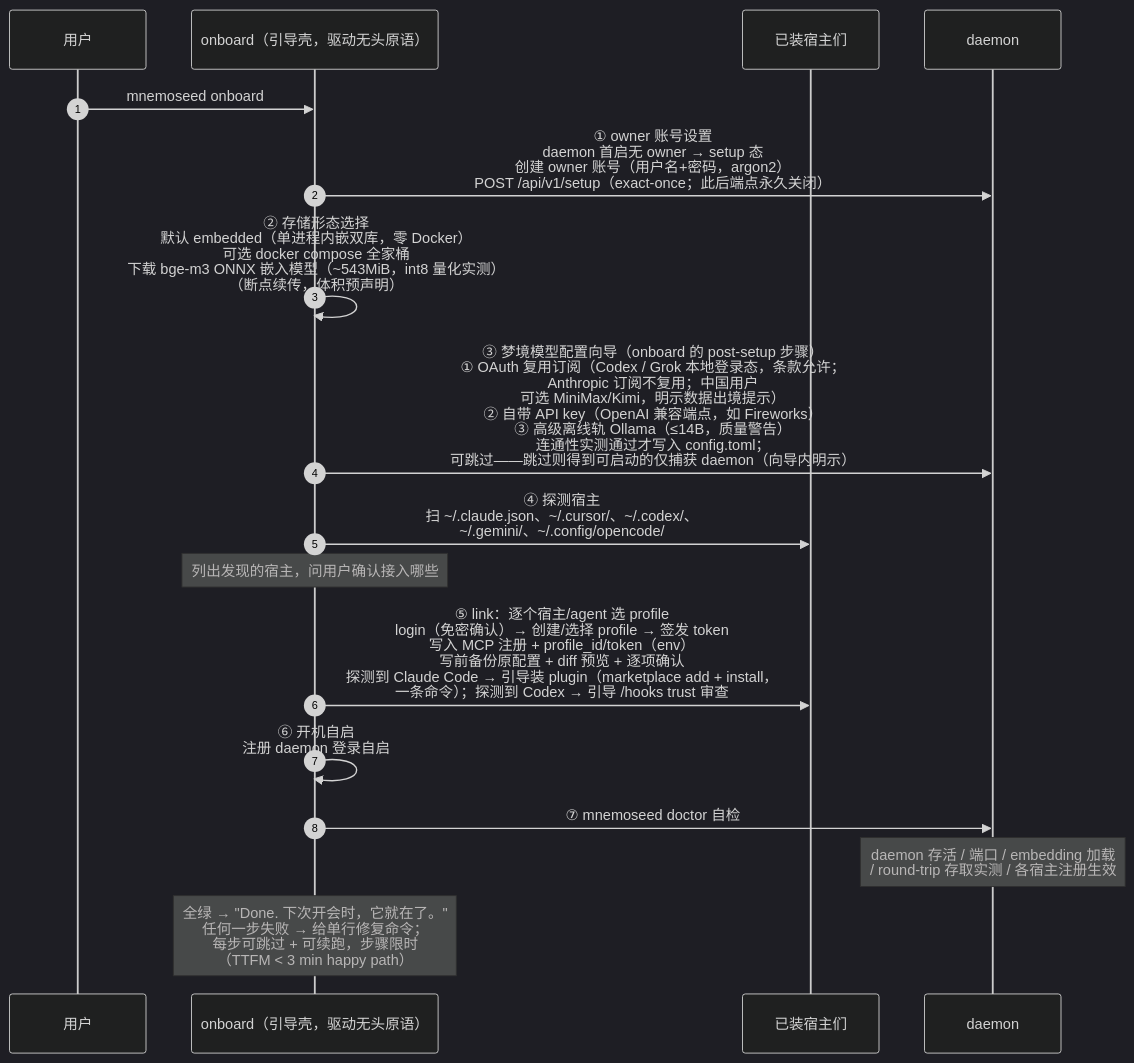
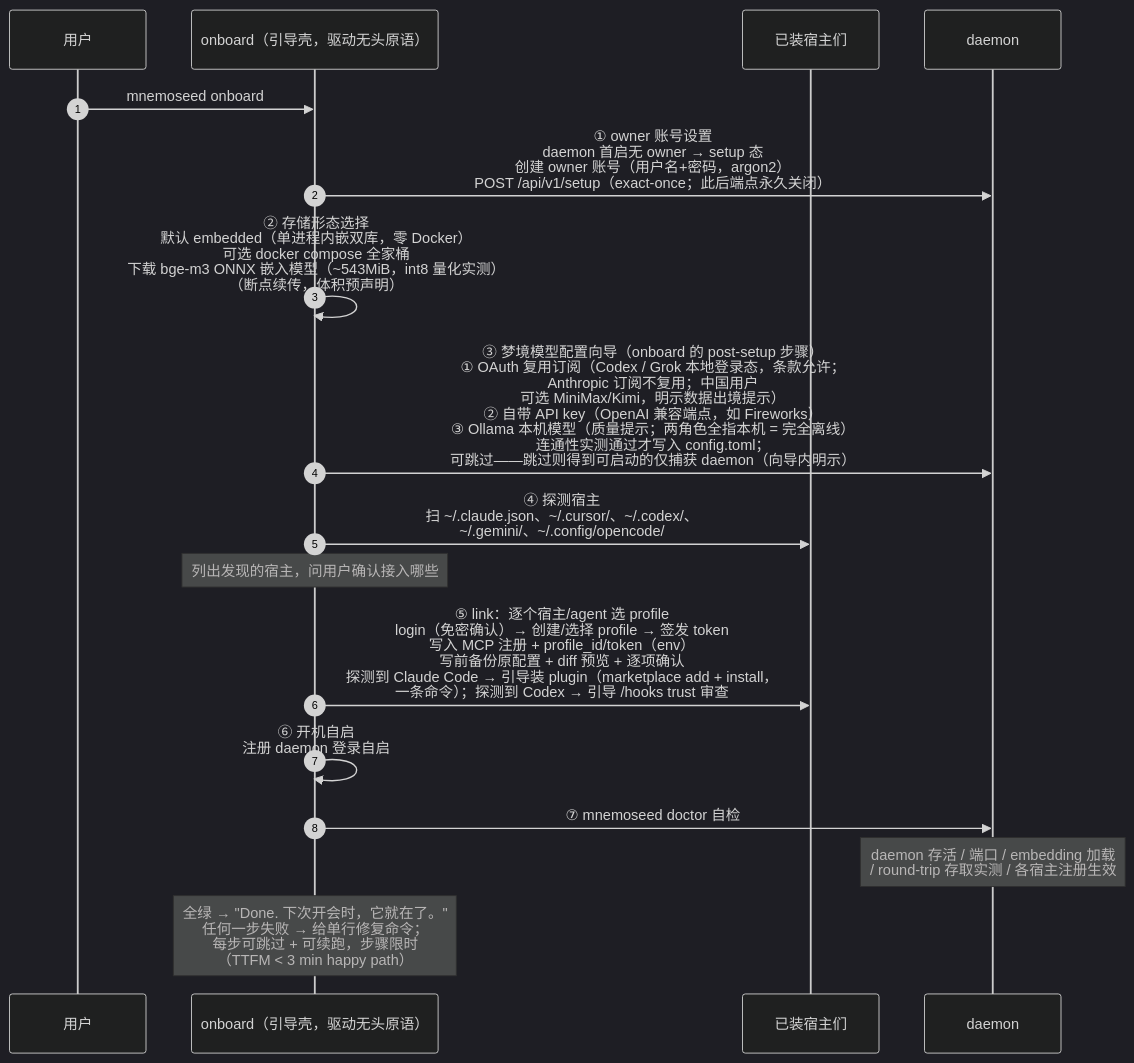
Before and after one commit to MnemoSeed/mnemoseed: the fourth of 5 diagrams in docs/zh/design/06-接入与安装体验.md, drawn with Mermaid (dark theme). The commit also changed other lines of this file and 49 other files, not shown here.

````diff
--- a/docs/zh/design/06-接入与安装体验.md
+++ b/docs/zh/design/06-接入与安装体验.md
@@ -188,19 +188,19 @@
 ```mermaid
 sequenceDiagram
     autonumber
     participant U as 用户
     participant O as onboard（引导壳，驱动无头原语）
     participant H as 已装宿主们
     participant D as daemon
     U->>O: mnemoseed onboard
     O->>D: ① owner 账号设置<br/>daemon 首启无 owner → setup 态<br/>创建 owner 账号（用户名+密码，argon2）<br/>POST /api/v1/setup（exact-once；此后端点永久关闭）
     O->>O: ② 存储形态选择<br/>默认 embedded（单进程内嵌双库，零 Docker）<br/>可选 docker compose 全家桶<br/>下载 bge-m3 ONNX 嵌入模型（~543MiB，int8 量化实测）<br/>（断点续传，体积预声明）
-    O->>D: ③ 梦境模型配置向导（onboard 的 post-setup 步骤）<br/>① OAuth 复用订阅（Codex / Grok 本地登录态，条款允许；<br/>Anthropic 订阅不复用；中国用户<br/>可选 MiniMax/Kimi，明示数据出境提示）<br/>② 自带 API key（OpenAI 兼容端点，如 Fireworks）<br/>③ 高级离线轨 Ollama（≤14B，质量警告）<br/>连通性实测通过才写入 config.toml；<br/>可跳过——跳过则得到可启动的仅捕获 daemon（向导内明示）
+    O->>D: ③ 梦境模型配置向导（onboard 的 post-setup 步骤）<br/>① OAuth 复用订阅（Codex / Grok 本地登录态，条款允许；<br/>Anthropic 订阅不复用；中国用户<br/>可选 MiniMax/Kimi，明示数据出境提示）<br/>② 自带 API key（OpenAI 兼容端点，如 Fireworks）<br/>③ Ollama 本机模型（质量提示；两角色全指本机 = 完全离线）<br/>连通性实测通过才写入 config.toml；<br/>可跳过——跳过则得到可启动的仅捕获 daemon（向导内明示）
     O->>H: ④ 探测宿主<br/>扫 ~/.claude.json、~/.cursor/、~/.codex/、<br/>~/.gemini/、~/.config/opencode/
     Note over O: 列出发现的宿主，问用户确认接入哪些
     O->>H: ⑤ link：逐个宿主/agent 选 profile<br/>login（免密确认）→ 创建/选择 profile → 签发 token<br/>写入 MCP 注册 + profile_id/token（env）<br/>写前备份原配置 + diff 预览 + 逐项确认<br/>探测到 Claude Code → 引导装 plugin（marketplace add + install，<br/>一条命令）；探测到 Codex → 引导 /hooks trust 审查
     O->>O: ⑥ 开机自启<br/>注册 daemon 登录自启
     O->>D: ⑦ mnemoseed doctor 自检
     Note over D: daemon 存活 / 端口 / embedding 加载<br/>/ round-trip 存取实测 / 各宿主注册生效
     Note over O: 全绿 → "Done. 下次开会时，它就在了。"<br/>任何一步失败 → 给单行修复命令；<br/>每步可跳过 + 可续跑，步骤限时<br/>（TTFM < 3 min happy path）
 ```
````
